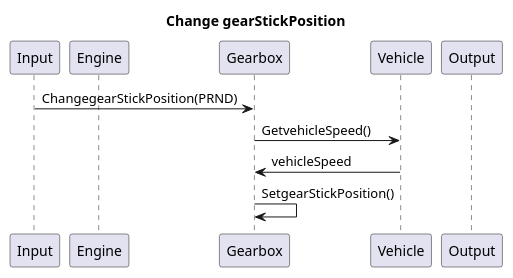
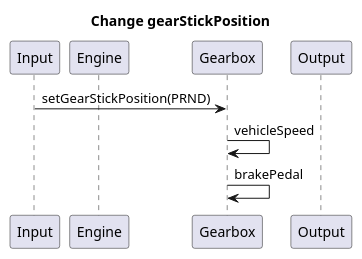
The diagram in Docs/src/sequence_change_gear.wsd (SubspaceBob/bootcamp_project), drawn with PlantUML before and after one commit. The commit also changed 7 other files, not shown here.

```diff
--- a/Docs/src/sequence_change_gear.wsd
+++ b/Docs/src/sequence_change_gear.wsd
@@ -1,13 +1,11 @@
 @startuml
 title Change gearStickPosition
 participant Input
 participant Engine
 participant Gearbox
-participant Vehicle
 participant Output
-Input -> Gearbox : ChangegearStickPosition(PRND)
-Gearbox -> Vehicle : GetvehicleSpeed()
-Gearbox <- Vehicle : vehicleSpeed
-Gearbox -> Gearbox : SetgearStickPosition()
+Input -> Gearbox : setGearStickPosition(PRND)
+Gearbox -> Gearbox : vehicleSpeed
+Gearbox -> Gearbox : brakePedal
 
 @enduml
```
